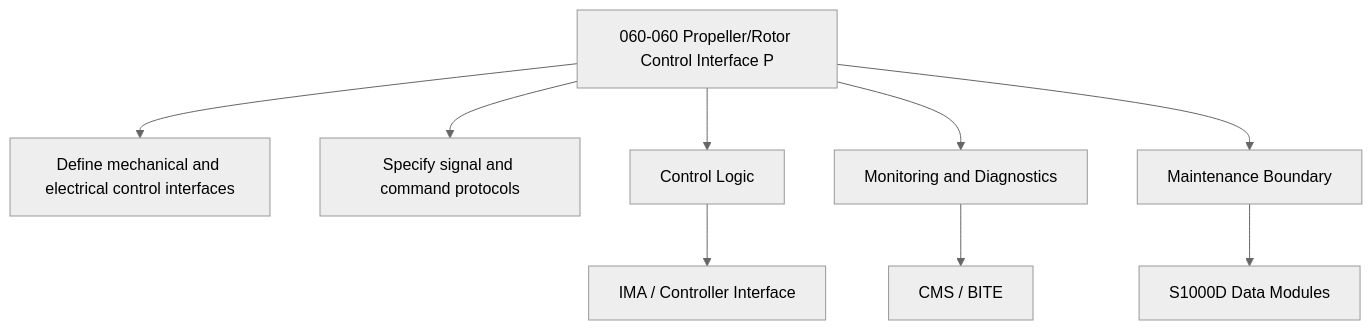
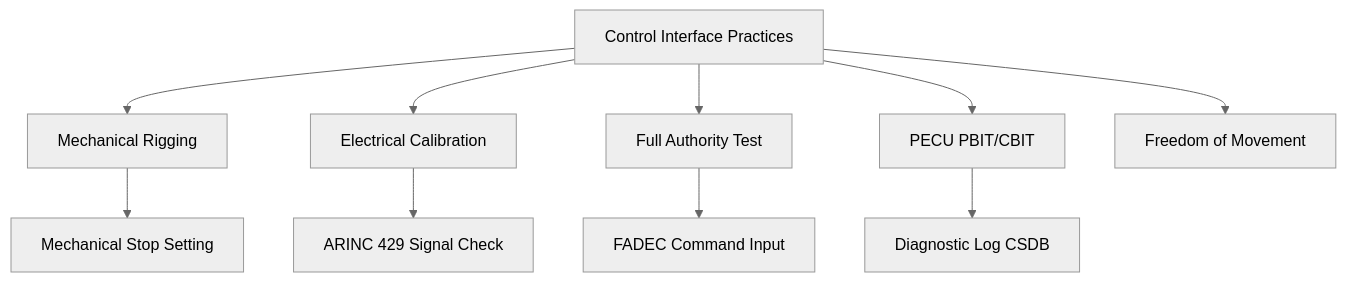
Before and after one commit to AmedeoPelliccia/Qplus-For-All-Queer-People-and-Quantum: the second of 2 diagrams in Q+ATLANTIDE/000-099_ATLAS/060-069_Propulsion-Tradicional/060_Standard-Practices-Propeller-Rotor/060-060-Propeller-Rotor-Control-Interface-Practices.md, drawn with Mermaid (neutral theme). The commit also changed other lines of this file and 74 other files, not shown here.

````diff
--- a/Q+ATLANTIDE/000-099_ATLAS/060-069_Propulsion-Tradicional/060_Standard-Practices-Propeller-Rotor/060-060-Propeller-Rotor-Control-Interface-Practices.md
+++ b/Q+ATLANTIDE/000-099_ATLAS/060-069_Propulsion-Tradicional/060_Standard-Practices-Propeller-Rotor/060-060-Propeller-Rotor-Control-Interface-Practices.md
@@ -172,11 +110,12 @@
 ```mermaid
 flowchart TB
-    SYS[060-060 Propeller/Rotor Control Interface P] --> F1[Define mechanical and electrical control interfaces]
-    SYS --> F2[Specify signal and command protocols]
-    SYS --> CTRL[Control Logic]
-    SYS --> MON[Monitoring and Diagnostics]
-    SYS --> MAINT[Maintenance Boundary]
-    CTRL --> IMA[IMA / Controller Interface]
-    MON --> CMS[CMS / BITE]
-    MAINT --> CSDB[S1000D Data Modules]
+    CTRL[Control Interface Practices] --> MRIG[Mechanical Rigging]
+    CTRL --> ECAL[Electrical Calibration]
+    CTRL --> BTEST[Full Authority Test]
+    CTRL --> BITE[PECU PBIT/CBIT]
+    CTRL --> FOM[Freedom of Movement]
+    MRIG --> STOPS[Mechanical Stop Setting]
+    ECAL --> ARINC[ARINC 429 Signal Check]
+    BTEST --> FADEC[FADEC Command Input]
+    BITE --> DIAGLOG[Diagnostic Log CSDB]
 ```
````
